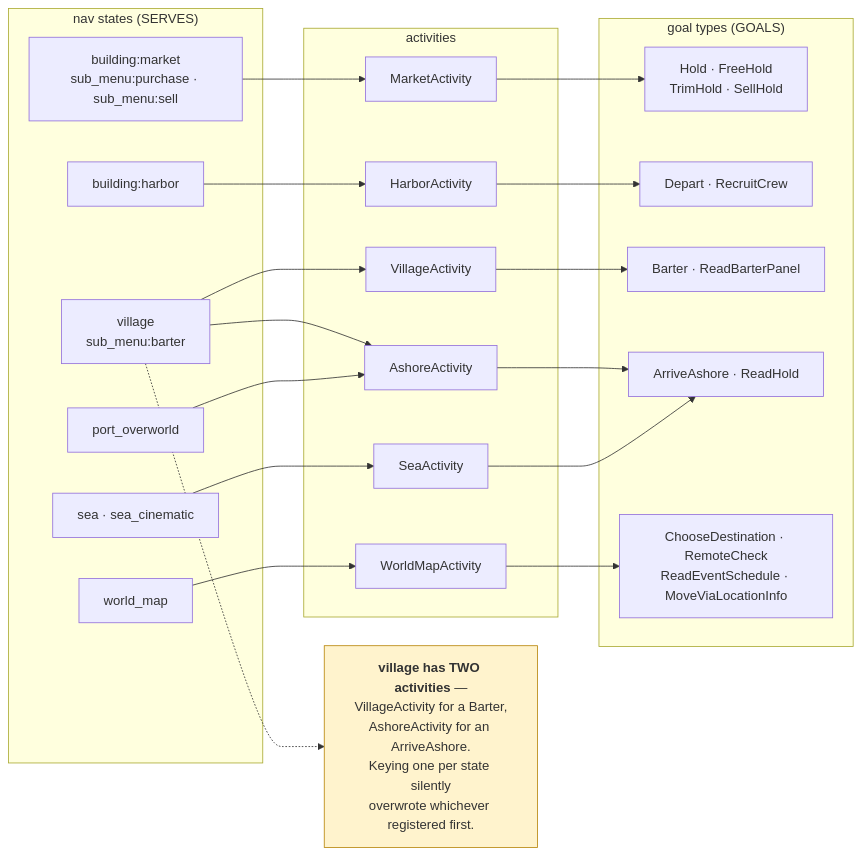
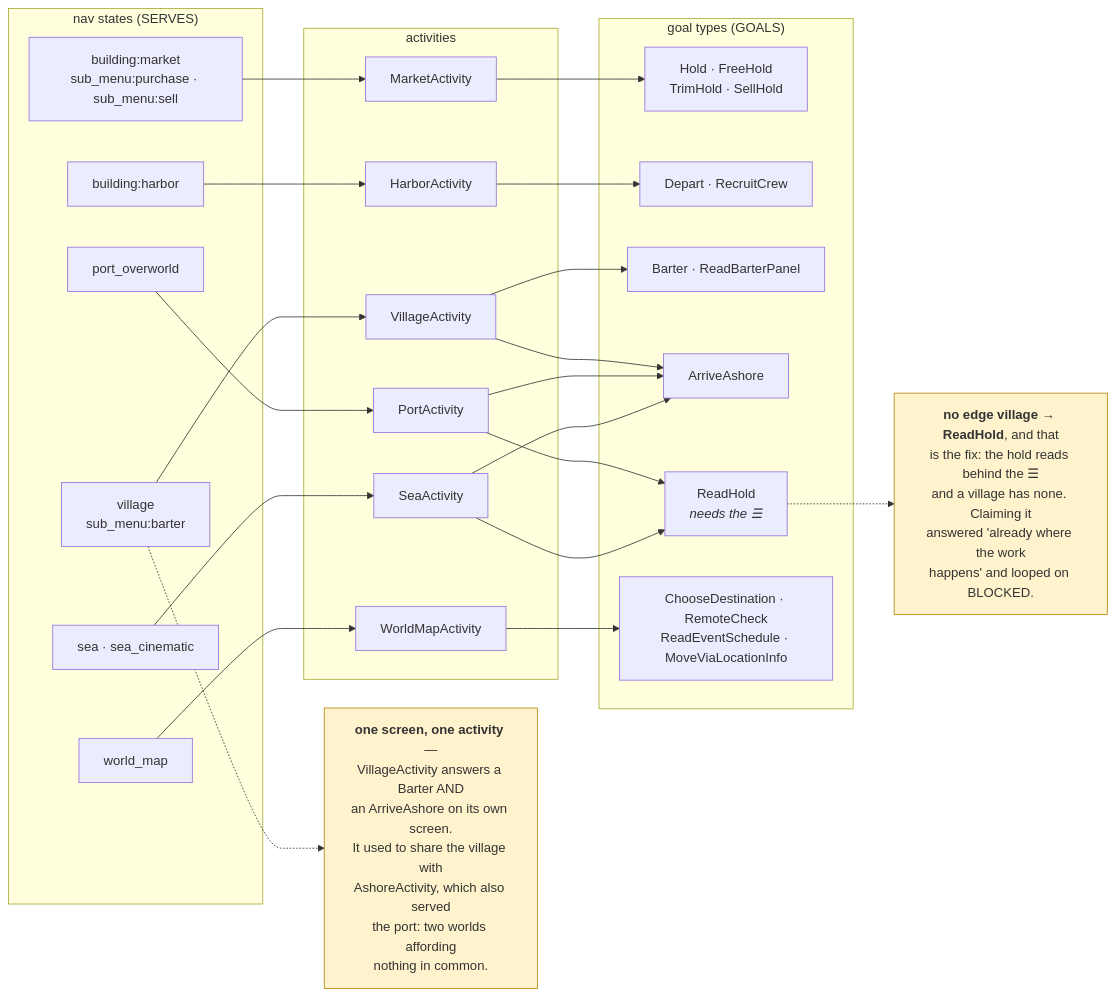
One commit to fortunatetumbleweed-commits/UWO-Bot changed the third of 7 diagrams in docs/activity_architecture.md. Above: the diagram before and after it, drawn with Mermaid. The commit also changed other lines of this file and 1 other file, not shown here.

````diff
--- a/docs/activity_architecture.md
+++ b/docs/activity_architecture.md
@@ -96,47 +96,52 @@
 ```mermaid
 flowchart LR
     subgraph states["nav states (SERVES)"]
         S1["building:market<br/>sub_menu:purchase · sub_menu:sell"]
         S2["building:harbor"]
         S3["village<br/>sub_menu:barter"]
         S4["port_overworld"]
         S5["sea · sea_cinematic"]
         S6["world_map"]
     end
 
     subgraph acts["activities"]
         M["MarketActivity"]
         HB["HarborActivity"]
         V["VillageActivity"]
-        A["AshoreActivity"]
+        A["PortActivity"]
         SEA["SeaActivity"]
         WM["WorldMapActivity"]
     end
 
     subgraph goals["goal types (GOALS)"]
         G1["Hold · FreeHold<br/>TrimHold · SellHold"]
         G2["Depart · RecruitCrew"]
         G3["Barter · ReadBarterPanel"]
-        G4["ArriveAshore · ReadHold"]
+        G4["ArriveAshore"]
+        G5["ReadHold<br/><i>needs the ☰</i>"]
         G6["ChooseDestination · RemoteCheck<br/>ReadEventSchedule · MoveViaLocationInfo"]
     end
 
     S1 --> M
     S2 --> HB
     S3 --> V
-    S3 --> A
     S4 --> A
     S5 --> SEA
     S6 --> WM
 
     M  --> G1
     HB --> G2
     V  --> G3
+    V  --> G4
     A  --> G4
+    A  --> G5
     SEA --> G4
+    SEA --> G5
     WM --> G6
 
     classDef note fill:#fff3cd,stroke:#b8860b
-    N["<b>village has TWO activities</b> —<br/>VillageActivity for a Barter,<br/>AshoreActivity for an ArriveAshore.<br/>Keying one per state silently<br/>overwrote whichever registered first."]:::note
+    N2["<b>no edge village → ReadHold</b>, and that<br/>is the fix: the hold reads behind the ☰<br/>and a village has none. Claiming it<br/>answered 'already where the work<br/>happens' and looped on BLOCKED."]:::note
+    G5 -.-> N2
+    N["<b>one screen, one activity</b> —<br/>VillageActivity answers a Barter AND<br/>an ArriveAshore on its own screen.<br/>It used to share the village with<br/>AshoreActivity, which also served<br/>the port: two worlds affording<br/>nothing in common."]:::note
     S3 -.-> N
 ```
````
